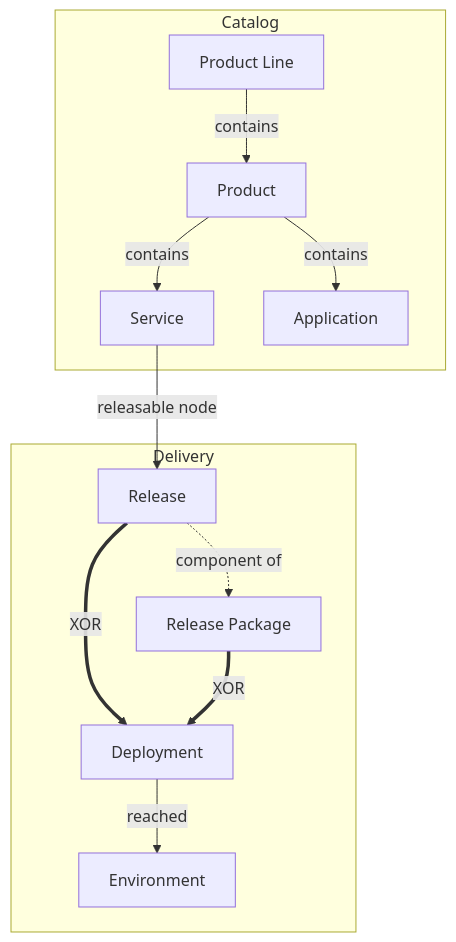
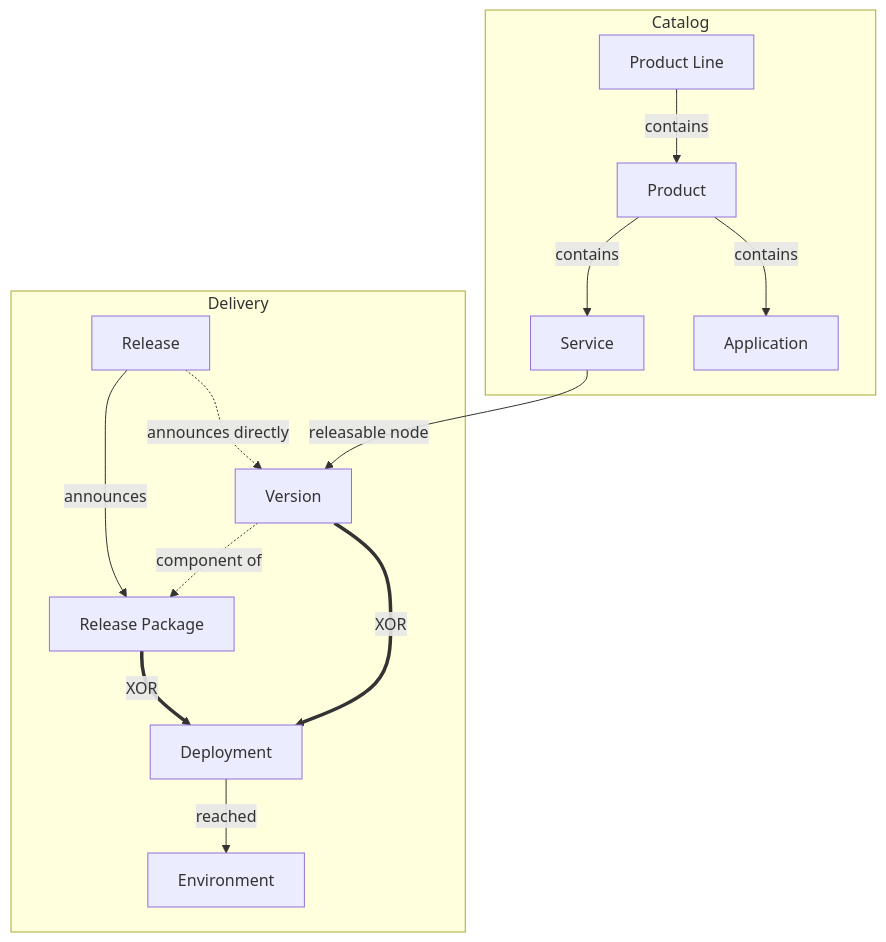
One commit to destacey/Wayd changed the diagram in docs/user-guide/product-management/index.mdx. Above: the diagram before and after it, drawn with Mermaid. The commit also changed other lines of this file and 219 other files, not shown here.

First line of the commit message:
feat(delivery): add the product release and split Version from it

````diff
--- a/docs/user-guide/product-management/index.mdx
+++ b/docs/user-guide/product-management/index.mdx
@@ -26,24 +26,27 @@
 ```mermaid
 graph TD
     subgraph "Catalog"
         PL["Product Line"]
         P["Product"]
         S["Service"]
         A["Application"]
     end
     subgraph "Delivery"
-        R["Release"]
+        Rel["Release"]
+        V["Version"]
         Pkg["Release Package"]
         D["Deployment"]
         Env["Environment"]
     end
 
     PL -->|contains| P
     P -->|contains| S
     P -->|contains| A
-    S -->|releasable node| R
-    R -.->|component of| Pkg
-    R ==>|XOR| D
+    S -->|releasable node| V
+    Rel -->|announces| Pkg
+    Rel -.->|announces directly| V
+    V -.->|component of| Pkg
+    V ==>|XOR| D
     Pkg ==>|XOR| D
     D -->|reached| Env
 ```
````
